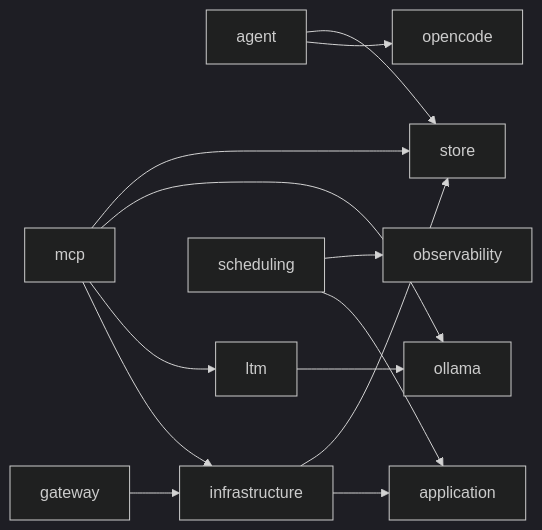
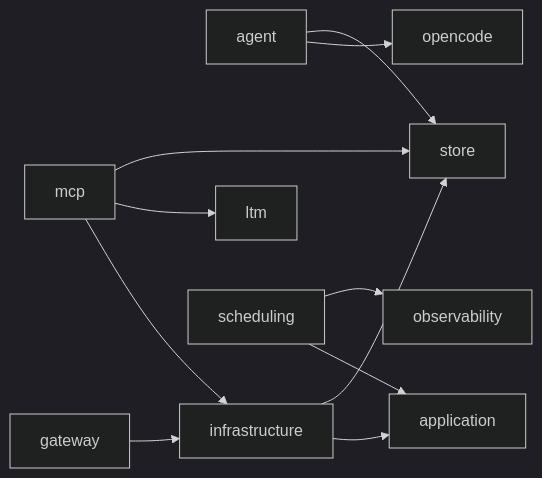
The diagram in docs/DEPS.md (OJII3/vicissitude), drawn with Mermaid (dark theme) before and after one commit. The commit also changed other lines of this file and 11 other files, not shown here.

````diff
--- a/docs/DEPS.md
+++ b/docs/DEPS.md
@@ -7,20 +7,18 @@
 ```mermaid
 graph LR
   agent --> opencode
   agent --> store
   application
   gateway --> infrastructure
   infrastructure --> application
   infrastructure --> store
-  ltm --> ollama
+  ltm
   mcp --> infrastructure
   mcp --> ltm
-  mcp --> ollama
   mcp --> store
   observability
-  ollama
   opencode
   scheduling --> application
   scheduling --> observability
   store
 ```
````
